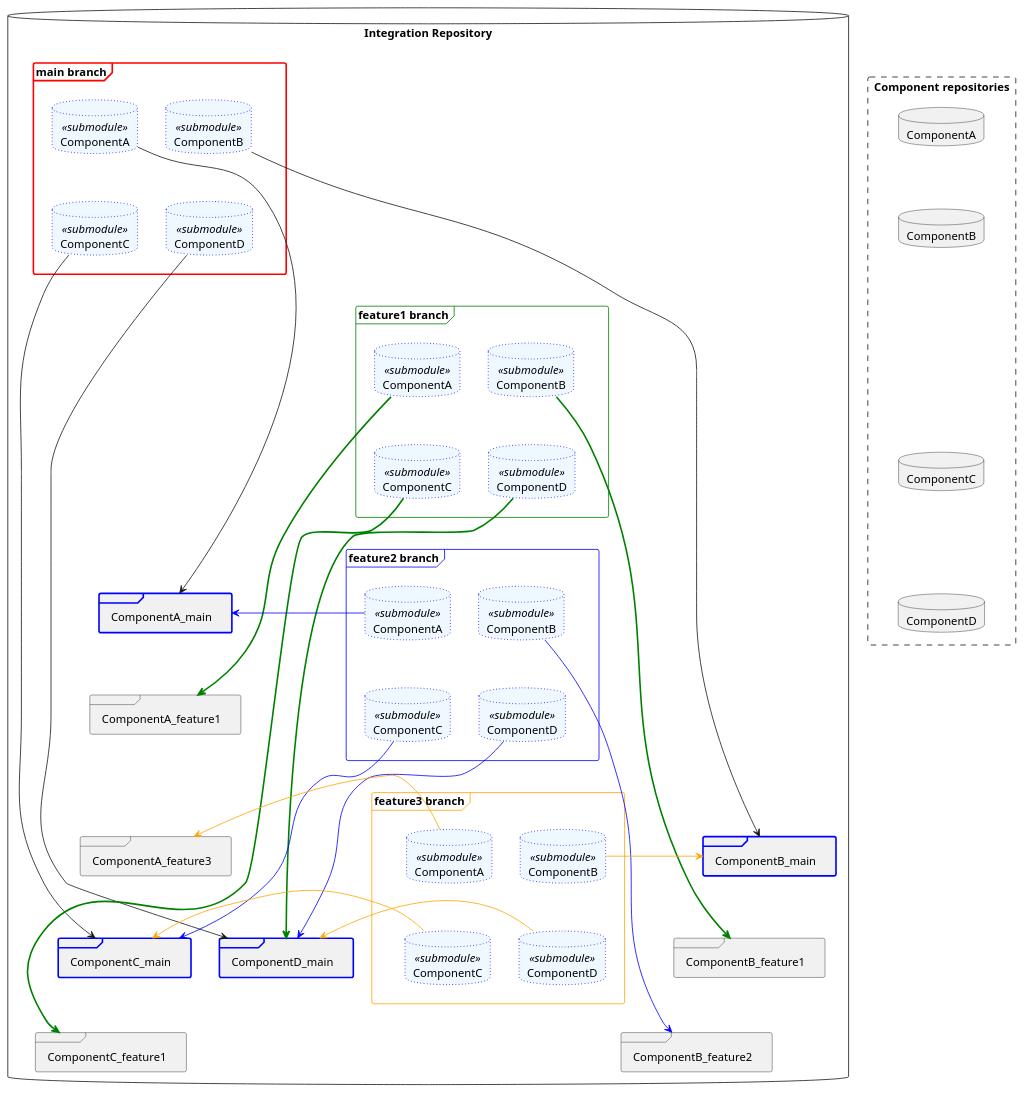
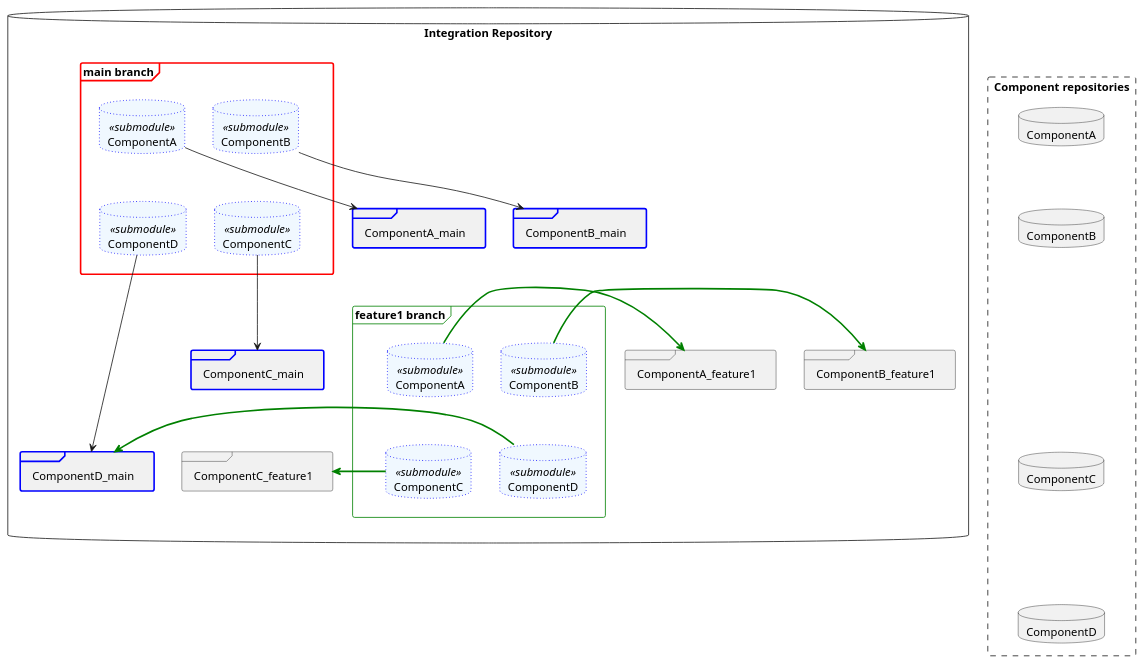
The diagram in doc/plantuml/scenario_step2.plantuml (gemoc/git-sync-tools), drawn with PlantUML before and after one commit. The commit also changed 1 other file, not shown here.

```diff
--- a/doc/plantuml/scenario_step2.plantuml
+++ b/doc/plantuml/scenario_step2.plantuml
@@ -1,127 +1,87 @@
 @startuml
 skinparam database<<submodule>> {
   backgroundColor aliceblue
   borderColor blue
 }
 skinparam frame<<main>> {
   backgroundColor aliceblue
   borderColor blue
   borderThickness 2
 }
 'skinparam linetype polyline
 
 database "Integration Repository" as Integration {
     frame "main branch" as integration_main   #line.bold;line:red {
         database  "ComponentA" as Integration_main_ComponentA<<submodule>>  #line.dotted
         database  "ComponentB" as Integration_main_ComponentB<<submodule>>  #line.dotted
         database  "ComponentC" as Integration_main_ComponentC<<submodule>>  #line.dotted
         database  "ComponentD" as Integration_main_ComponentD<<submodule>>  #line.dotted
         
         'Integration_main_ComponentA -[hidden]-> Integration_main_ComponentB
         Integration_main_ComponentA -[hidden]- Integration_main_ComponentC
         Integration_main_ComponentA -[hidden]- Integration_main_ComponentD
     }
     
     Integration_main_ComponentA --> ComponentA_main
     Integration_main_ComponentB --> ComponentB_main
     Integration_main_ComponentC --> ComponentC_main
     Integration_main_ComponentD --> ComponentD_main
     
     
     frame "feature1 branch" as integration_feature1 #line:green   {
         database  "ComponentA" as Integration_feature1_ComponentA<<submodule>>  #line.dotted
         database  "ComponentB" as Integration_feature1_ComponentB<<submodule>>  #line.dotted
         database  "ComponentC" as Integration_feature1_ComponentC<<submodule>>  #line.dotted
         database  "ComponentD" as Integration_feature1_ComponentD<<submodule>>  #line.dotted
         
         'Integration_feature1_ComponentA -[hidden]- Integration_feature1_ComponentB
         Integration_feature1_ComponentA -[hidden]- Integration_feature1_ComponentC
         Integration_feature1_ComponentA -[hidden]- Integration_feature1_ComponentD
     }
     
     Integration_feature1_ComponentA -[bold,#green]> ComponentA_feature1
     Integration_feature1_ComponentB -[bold,#green]> ComponentB_feature1
     Integration_feature1_ComponentC -[bold,#green]> ComponentC_feature1
     Integration_feature1_ComponentD -[bold,#green]> ComponentD_main
     
-    frame "feature2 branch" as integration_feature2  #line:blue  {
-        database  "ComponentA" as Integration_feature2_ComponentA<<submodule>>  #line.dotted
-        database  "ComponentB" as Integration_feature2_ComponentB<<submodule>>  #line.dotted
-        database  "ComponentC" as Integration_feature2_ComponentC<<submodule>>  #line.dotted
-        database  "ComponentD" as Integration_feature2_ComponentD<<submodule>>  #line.dotted
-        
-        
-        'Integration_feature2_ComponentA -[hidden]- Integration_feature2_ComponentB
-        Integration_feature2_ComponentA -[hidden]- Integration_feature2_ComponentC
-        Integration_feature2_ComponentA -[hidden]- Integration_feature2_ComponentD
-    }
     
-    Integration_feature2_ComponentA -[#blue]> ComponentA_main
-    Integration_feature2_ComponentB -[#blue]> ComponentB_feature2
-    Integration_feature2_ComponentC -[#blue]> ComponentC_main
-    Integration_feature2_ComponentD -[#blue]> ComponentD_main
-    
-    frame "feature3 branch" as integration_feature3  #line:orange  {
-        database  "ComponentA" as Integration_feature3_ComponentA<<submodule>>  #line.dotted
-        database  "ComponentB" as Integration_feature3_ComponentB<<submodule>>  #line.dotted
-        database  "ComponentC" as Integration_feature3_ComponentC<<submodule>>  #line.dotted
-        database  "ComponentD" as Integration_feature3_ComponentD<<submodule>>  #line.dotted
-        
-        
-        'Integration_feature3_ComponentA -[hidden]-> Integration_feature3_ComponentB
-        Integration_feature3_ComponentA -[hidden]-> Integration_feature3_ComponentC
-        Integration_feature3_ComponentA -[hidden]-> Integration_feature3_ComponentD
-    }
-    
-    Integration_feature3_ComponentA -[#orange]> ComponentA_feature3
-    Integration_feature3_ComponentB -[#orange]> ComponentB_main
-    Integration_feature3_ComponentC -[#orange]> ComponentC_main
-    Integration_feature3_ComponentD -[#orange]> ComponentD_main
     
     integration_main -[hidden]-- integration_feature1
-    integration_feature1 -[hidden]-- integration_feature2
-    integration_feature2 -[hidden]-- integration_feature3
 }
 
 rectangle "Component repositories" as components #line.dashed {
 database ComponentA {
     frame "main branch" as ComponentA_main  #line.bold;line:blue {
     }
     frame "feature1 branch" as ComponentA_feature1 {
     }
-    frame "feature3 branch" as ComponentA_feature3 {
-    }
     ComponentA_main -[hidden]-> ComponentA_feature1
-    ComponentA_feature1 -[hidden]-> ComponentA_feature3
 }
 
 database ComponentB {
     frame "main branch" as ComponentB_main   #line.bold;line:blue {
     }
     frame "feature1 branch" as ComponentB_feature1 {
     }
-    frame "feature2 branch" as ComponentB_feature2 {
-    }
     ComponentB_main -[hidden]- ComponentB_feature1
-    ComponentB_feature1 -[hidden]- ComponentB_feature2
 }
 
 database ComponentC {
     frame "main branch" as ComponentC_main   #line.bold;line:blue {
     }
     frame "feature1 branch" as ComponentC_feature1 {
     }
     ComponentC_main -[hidden]-> ComponentC_feature1
 }
 database ComponentD {
     frame "main branch" as ComponentD_main   #line.bold;line:blue {
     }
 }
 
 
 ComponentA -[hidden]- ComponentB
 ComponentB -[hidden]-- ComponentC
-ComponentC -[hidden]- ComponentD
+ComponentC -[hidden]-- ComponentD
 }
 
 @enduml
```
